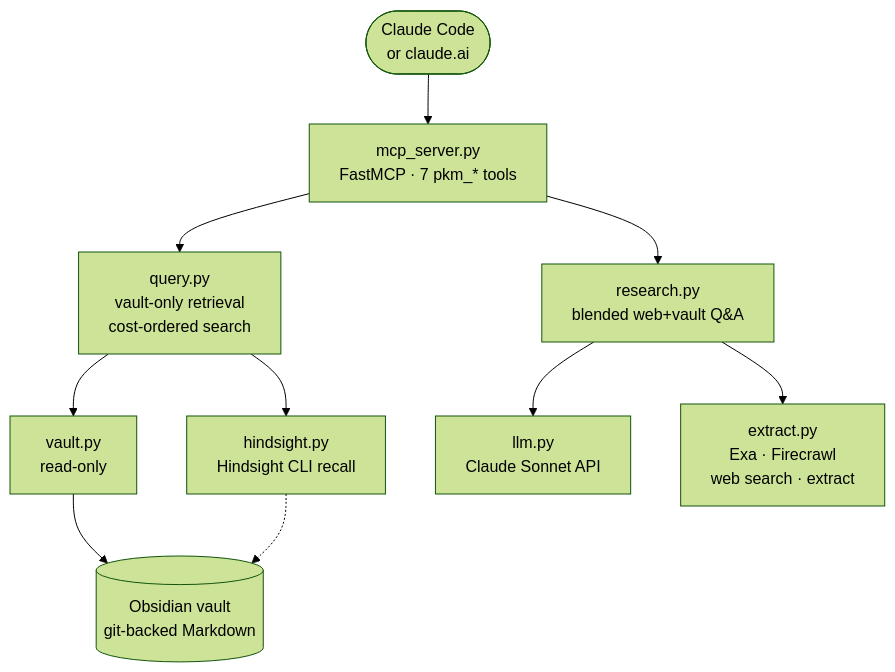
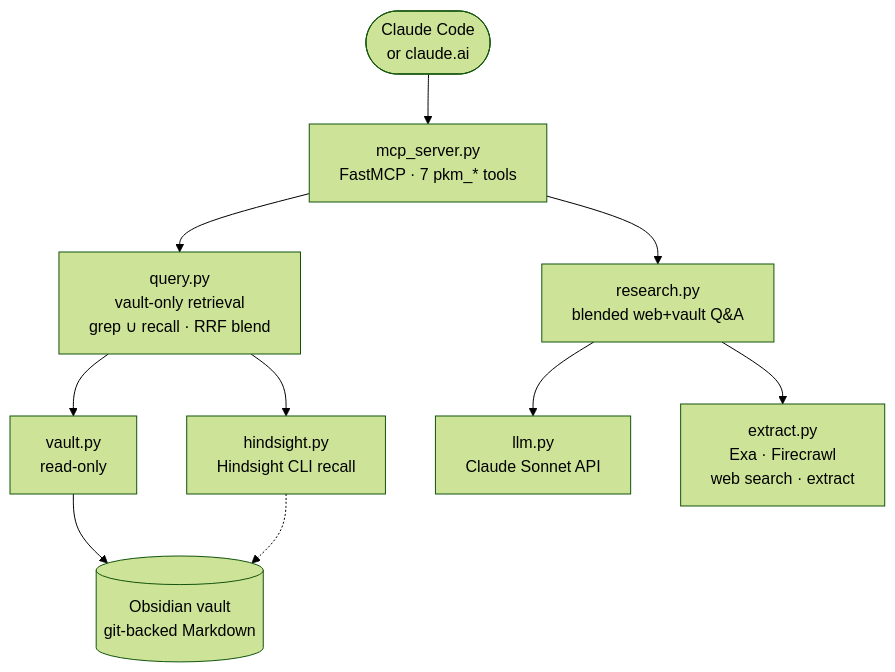
Before and after one commit to gilesknap/thoth: the second of 2 diagrams in docs/explanations/architecture.md, drawn with Mermaid (forest theme). The commit also changed other lines of this file and 10 other files, not shown here.

First line of the commit message:
docs: completeness & currency pass (retrieval, MCP socket, config, capture)

````diff
--- a/docs/explanations/architecture.md
+++ b/docs/explanations/architecture.md
@@ -71,13 +89,13 @@
 ```{mermaid}
 flowchart TB
     cc(["Claude Code<br>or claude.ai"])
     cc --> mcp["mcp_server.py<br>FastMCP · 7 pkm_* tools"]
-    mcp --> qry["query.py<br>vault-only retrieval<br>cost-ordered search"]
+    mcp --> qry["query.py<br>vault-only retrieval<br>grep ∪ recall · RRF blend"]
     mcp --> res["research.py<br>blended web+vault Q&A"]
     qry --> va["vault.py<br>read-only"]
     qry --> hs["hindsight.py<br>Hindsight CLI recall"]
     res --> llm["llm.py<br>Claude Sonnet API"]
     res --> ext["extract.py<br>Exa · Firecrawl<br>web search · extract"]
     va --> ov[("Obsidian vault<br>git-backed Markdown")]
     hs -.-> ov
 ```
````
